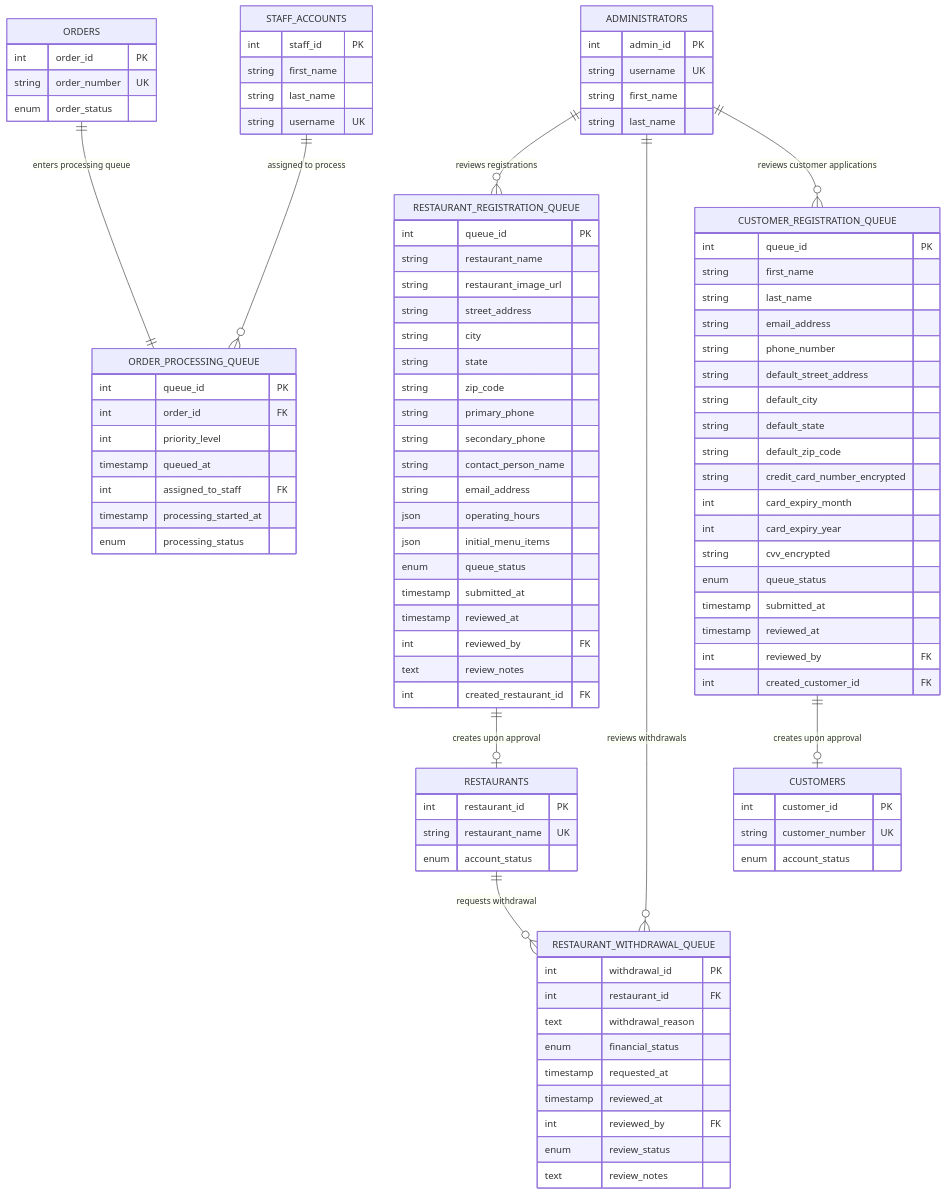
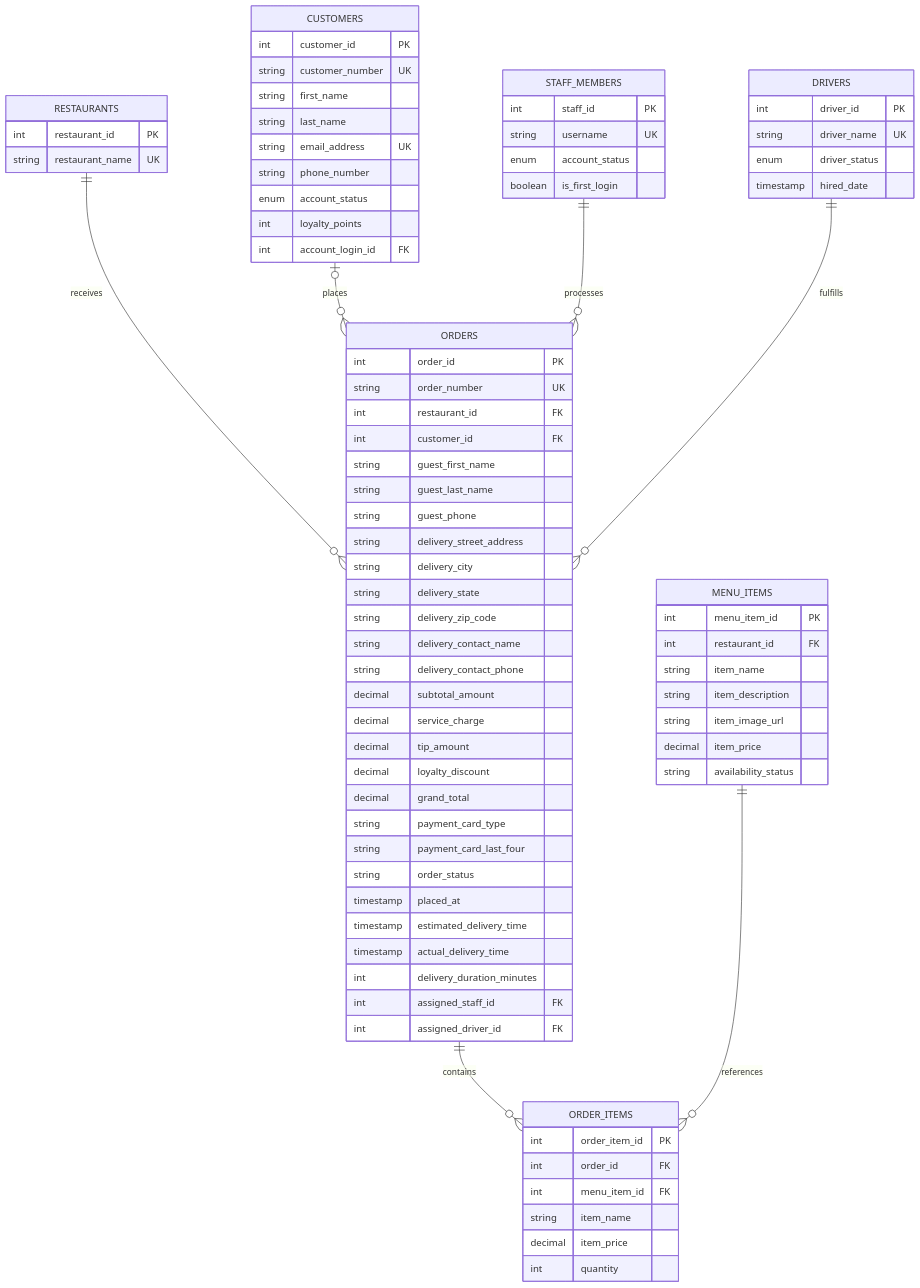
Before and after one commit to kassi-bertrand/frontdash: the third of 4 diagrams in docs/frontdash-database-design.md, drawn with Mermaid. The commit also changed other lines of this file, not shown here.

Commit message:
docs: refresh database design diagrams

````diff
--- a/docs/frontdash-database-design.md
+++ b/docs/frontdash-database-design.md
@@ -714,111 +466,89 @@
 ```mermaid
 erDiagram
-    RESTAURANT_REGISTRATION_QUEUE {
-        int queue_id PK
-        string restaurant_name
-        string restaurant_image_url
-        string street_address
-        string city
-        string state
-        string zip_code
-        string primary_phone
-        string secondary_phone
-        string contact_person_name
-        string email_address
-        json operating_hours
-        json initial_menu_items
-        enum queue_status
-        timestamp submitted_at
-        timestamp reviewed_at
-        int reviewed_by FK
-        text review_notes
-        int created_restaurant_id FK
-    }
-    
-    RESTAURANT_WITHDRAWAL_QUEUE {
-        int withdrawal_id PK
-        int restaurant_id FK
-        text withdrawal_reason
-        enum financial_status
-        timestamp requested_at
-        timestamp reviewed_at
-        int reviewed_by FK
-        enum review_status
-        text review_notes
-    }
-    
-    ORDER_PROCESSING_QUEUE {
-        int queue_id PK
-        int order_id FK
-        int priority_level
-        timestamp queued_at
-        int assigned_to_staff FK
-        timestamp processing_started_at
-        enum processing_status
-    }
-    
-    CUSTOMER_REGISTRATION_QUEUE {
-        int queue_id PK
-        string first_name
-        string last_name
-        string email_address
-        string phone_number
-        string default_street_address
-        string default_city
-        string default_state
-        string default_zip_code
-        string credit_card_number_encrypted
-        int card_expiry_month
-        int card_expiry_year
-        string cvv_encrypted
-        enum queue_status
-        timestamp submitted_at
-        timestamp reviewed_at
-        int reviewed_by FK
-        int created_customer_id FK
-    }
-    
-    ADMINISTRATORS {
-        int admin_id PK
-        string username UK
-        string first_name
-        string last_name
-    }
-    
-    STAFF_ACCOUNTS {
-        int staff_id PK
-        string first_name
-        string last_name
-        string username UK
-    }
-    
-    RESTAURANTS {
-        int restaurant_id PK
-        string restaurant_name UK
-        enum account_status
-    }
-    
-    CUSTOMERS {
-        int customer_id PK
-        string customer_number UK
-        enum account_status
-    }
-    
-    ORDERS {
-        int order_id PK
-        string order_number UK
-        enum order_status
-    }
-    
-    %% Queue Processing Relationships
-    RESTAURANT_REGISTRATION_QUEUE ||--o| RESTAURANTS : "creates upon approval"
-    RESTAURANTS ||--o{ RESTAURANT_WITHDRAWAL_QUEUE : "requests withdrawal"
-    ORDERS ||--|| ORDER_PROCESSING_QUEUE : "enters processing queue"
-    CUSTOMER_REGISTRATION_QUEUE ||--o| CUSTOMERS : "creates upon approval"
-    
-    %% Administrative Review Relationships
-    ADMINISTRATORS ||--o{ RESTAURANT_REGISTRATION_QUEUE : "reviews registrations"
-    ADMINISTRATORS ||--o{ RESTAURANT_WITHDRAWAL_QUEUE : "reviews withdrawals"
-    ADMINISTRATORS ||--o{ CUSTOMER_REGISTRATION_QUEUE : "reviews customer applications"
-    STAFF_ACCOUNTS ||--o{ ORDER_PROCESSING_QUEUE : "assigned to process"
+  CUSTOMERS {
+    int customer_id PK
+    string customer_number UK
+    string first_name
+    string last_name
+    string email_address UK
+    string phone_number
+    enum account_status
+    int loyalty_points
+    int account_login_id FK
+  }
+
+  RESTAURANTS {
+    int restaurant_id PK
+    string restaurant_name UK
+  }
+
+  MENU_ITEMS {
+    int menu_item_id PK
+    int restaurant_id FK
+    string item_name
+    string item_description
+    string item_image_url
+    decimal item_price
+    string availability_status
+  }
+
+  STAFF_MEMBERS {
+    int staff_id PK
+    string username UK
+    enum account_status
+    boolean is_first_login
+  }
+
+  DRIVERS {
+    int driver_id PK
+    string driver_name UK
+    enum driver_status
+    timestamp hired_date
+  }
+
+  ORDERS {
+    int order_id PK
+    string order_number UK
+    int restaurant_id FK
+    int customer_id FK
+    string guest_first_name
+    string guest_last_name
+    string guest_phone
+    string delivery_street_address
+    string delivery_city
+    string delivery_state
+    string delivery_zip_code
+    string delivery_contact_name
+    string delivery_contact_phone
+    decimal subtotal_amount
+    decimal service_charge
+    decimal tip_amount
+    decimal loyalty_discount
+    decimal grand_total
+    string payment_card_type
+    string payment_card_last_four
+    string order_status
+    timestamp placed_at
+    timestamp estimated_delivery_time
+    timestamp actual_delivery_time
+    int delivery_duration_minutes
+    int assigned_staff_id FK
+    int assigned_driver_id FK
+  }
+
+  ORDER_ITEMS {
+    int order_item_id PK
+    int order_id FK
+    int menu_item_id FK
+    string item_name
+    decimal item_price
+    int quantity
+  }
+
+  RESTAURANTS  ||--o{ ORDERS      : receives
+  CUSTOMERS   o|--o{ ORDERS      : places
+  ORDERS      ||--o{ ORDER_ITEMS : contains
+  MENU_ITEMS  ||--o{ ORDER_ITEMS : references
+  STAFF_MEMBERS ||--o{ ORDERS    : processes
+  DRIVERS       ||--o{ ORDERS    : fulfills
 ```
````
